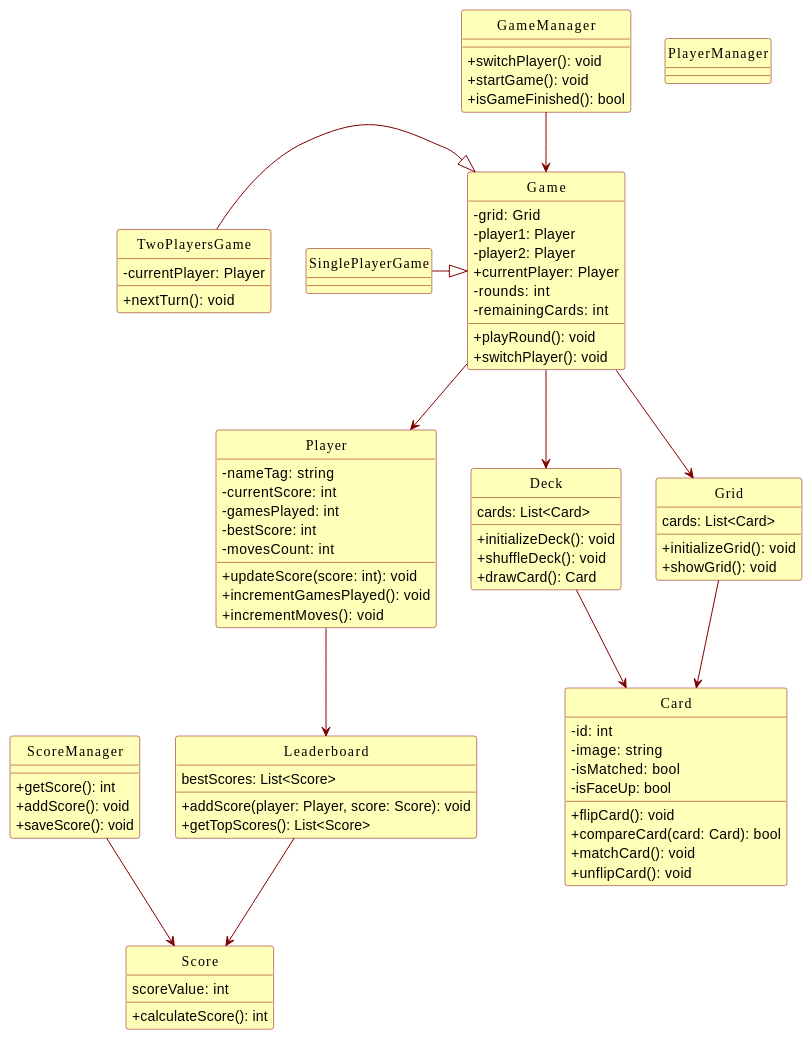
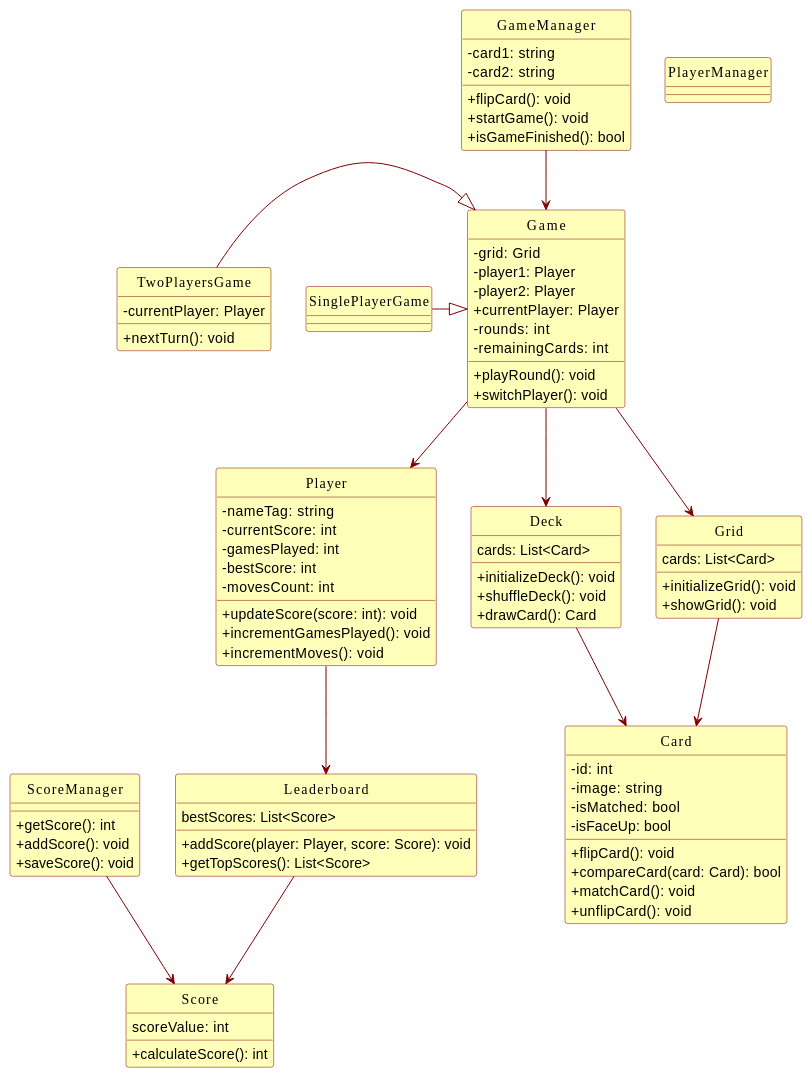
One commit to PosiTr0n505/Game-Memory changed the diagram in src/Docs/Diagrammes/classes.md. Above: the diagram before and after it, drawn with PlantUML.

Commit message:
Mise à jour de 'src/Docs/Diagrammes/classes.md'

```diff
--- a/src/Docs/Diagrammes/classes.md
+++ b/src/Docs/Diagrammes/classes.md
@@ -61,7 +61,9 @@
 ' Classe GameManager
 class GameManager {
 
-+ switchPlayer(): void
+- card1: string
+- card2: string
++ flipCard(): void
 + startGame(): void
 + isGameFinished(): bool
 }
```
